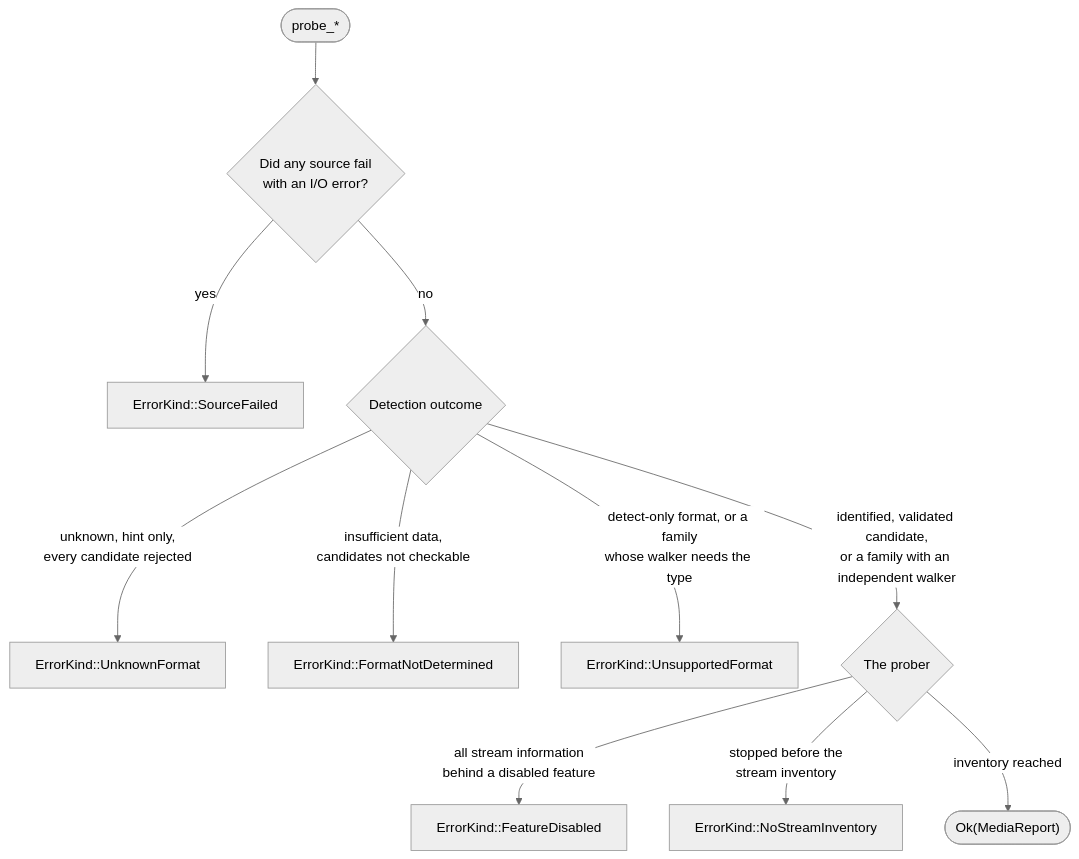
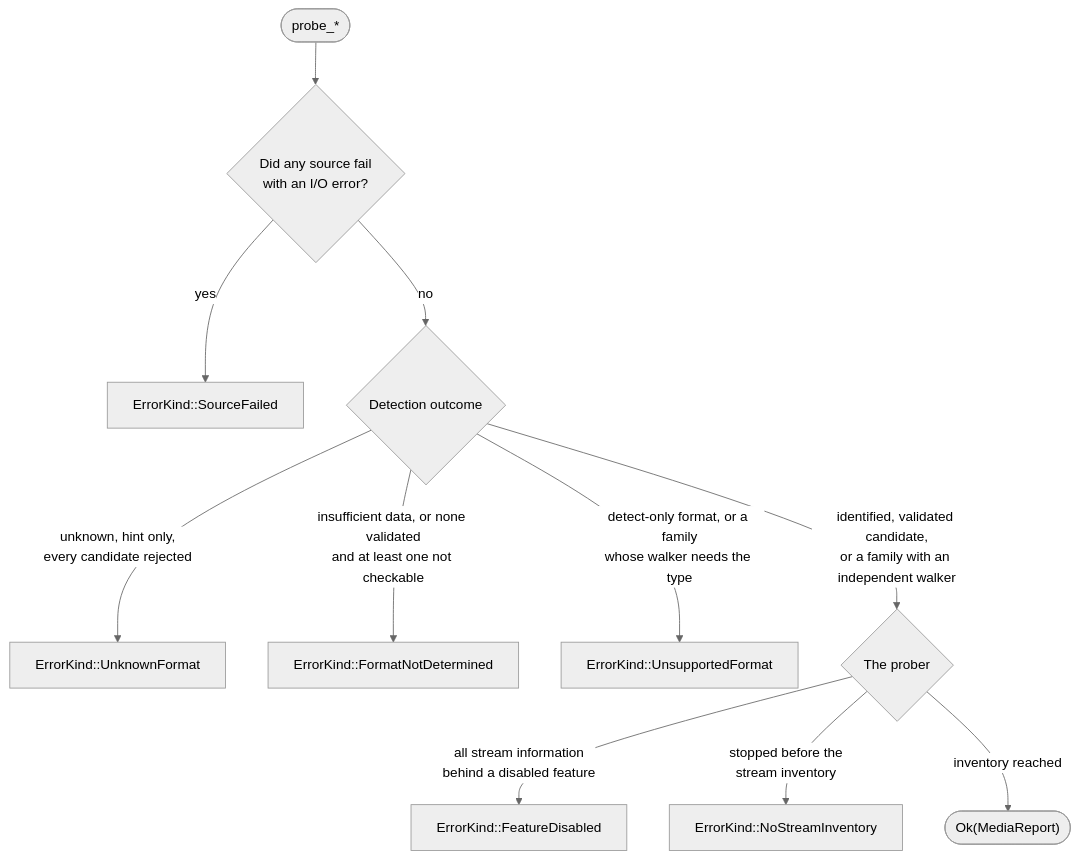
One commit to caoccao/cc-media-probe changed the first of 2 diagrams in docs/design/api.md. Above: the diagram before and after it, drawn with Mermaid (neutral theme). The commit also changed other lines of this file and 18 other files, not shown here.

````diff
--- a/docs/design/api.md
+++ b/docs/design/api.md
@@ -212,13 +220,13 @@
 ```mermaid
 flowchart TD
   START(["probe_*"]) --> S1{"Did any source fail<br/>with an I/O error?"}
   S1 -->|yes| EIO["ErrorKind::SourceFailed"]
   S1 -->|no| S2{"Detection outcome"}
   S2 -->|"unknown, hint only,<br/>every candidate rejected"| EUNK["ErrorKind::UnknownFormat"]
-  S2 -->|"insufficient data,<br/>candidates not checkable"| ENDET["ErrorKind::FormatNotDetermined"]
+  S2 -->|"insufficient data, or none validated<br/>and at least one not checkable"| ENDET["ErrorKind::FormatNotDetermined"]
   S2 -->|"detect-only format, or a family<br/>whose walker needs the type"| EUNS["ErrorKind::UnsupportedFormat"]
   S2 -->|"identified, validated candidate,<br/>or a family with an independent walker"| S3{"The prober"}
   S3 -->|"all stream information<br/>behind a disabled feature"| EFEAT["ErrorKind::FeatureDisabled"]
   S3 -->|"stopped before the<br/>stream inventory"| EINV["ErrorKind::NoStreamInventory"]
   S3 -->|"inventory reached"| OK(["Ok(MediaReport)"])
 ```
````
